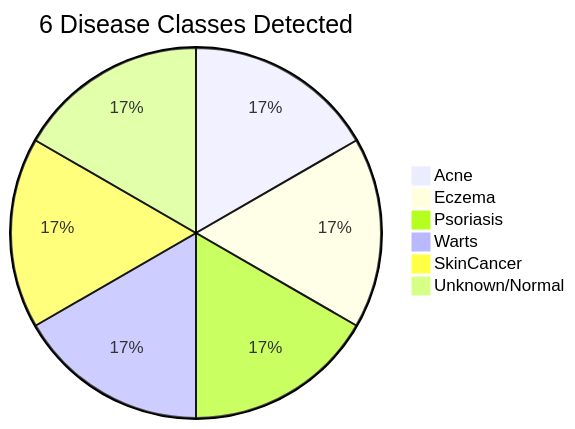
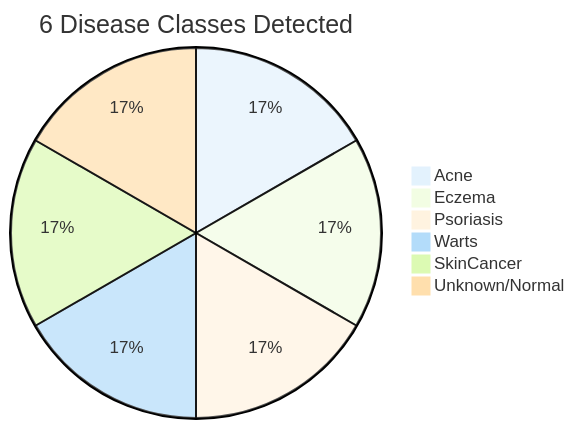
One commit to itssmdsh/MediScan changed the sixth of 9 diagrams in DOCUMENTATION.md. Above: the diagram before and after it, drawn with Mermaid. The commit also changed other lines of this file, not shown here.

````diff
--- a/DOCUMENTATION.md
+++ b/DOCUMENTATION.md
@@ -474,9 +518,10 @@
 ```mermaid
+%%{init: {'theme': 'base', 'themeVariables': {'primaryColor': '#e3f2fd', 'primaryBorderColor': '#1976d2', 'lineColor': '#2196f3', 'secondBkgColor': '#f1f8e9', 'tertiaryColor': '#fff3e0'}}}%%
 pie title 6 Disease Classes Detected
     "Acne" : 16.67
     "Eczema" : 16.67
     "Psoriasis" : 16.67
     "Warts" : 16.67
     "SkinCancer" : 16.67
     "Unknown/Normal" : 16.67
 ```
````
